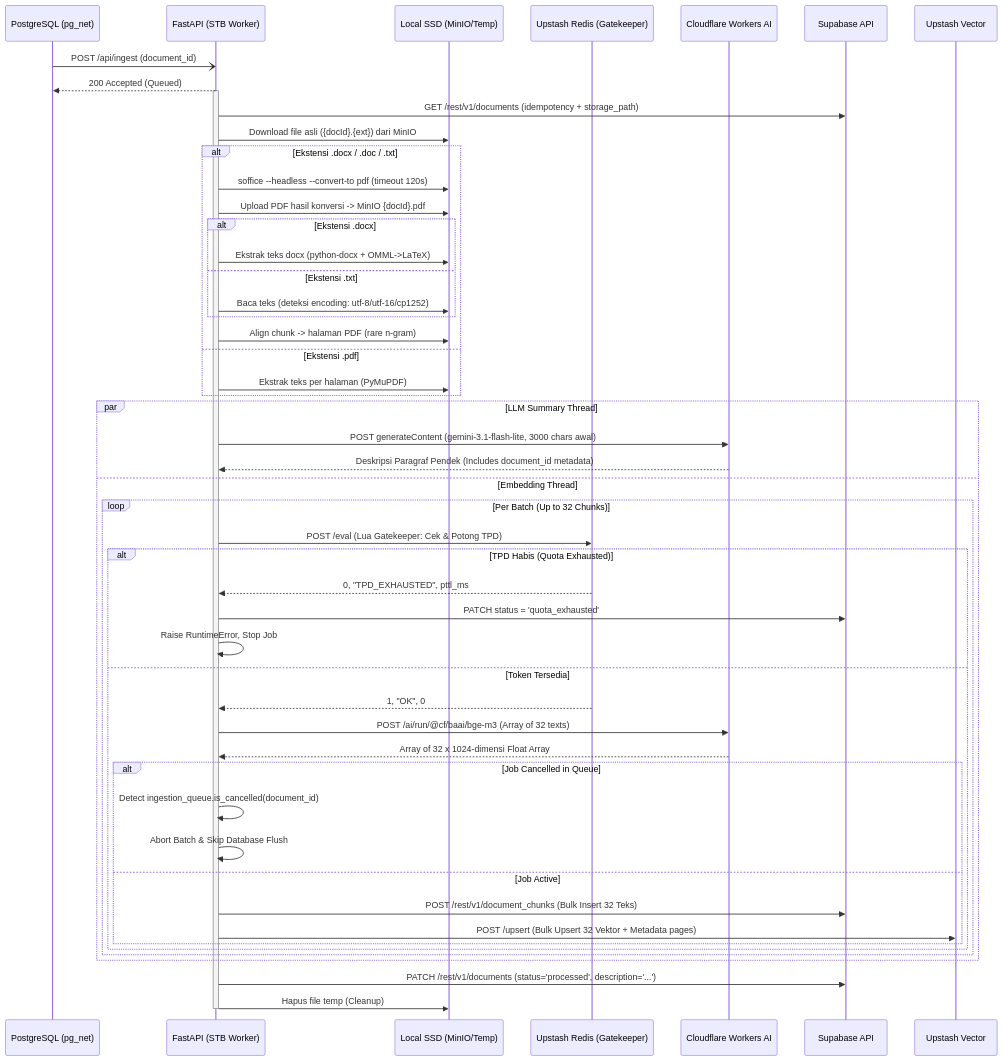
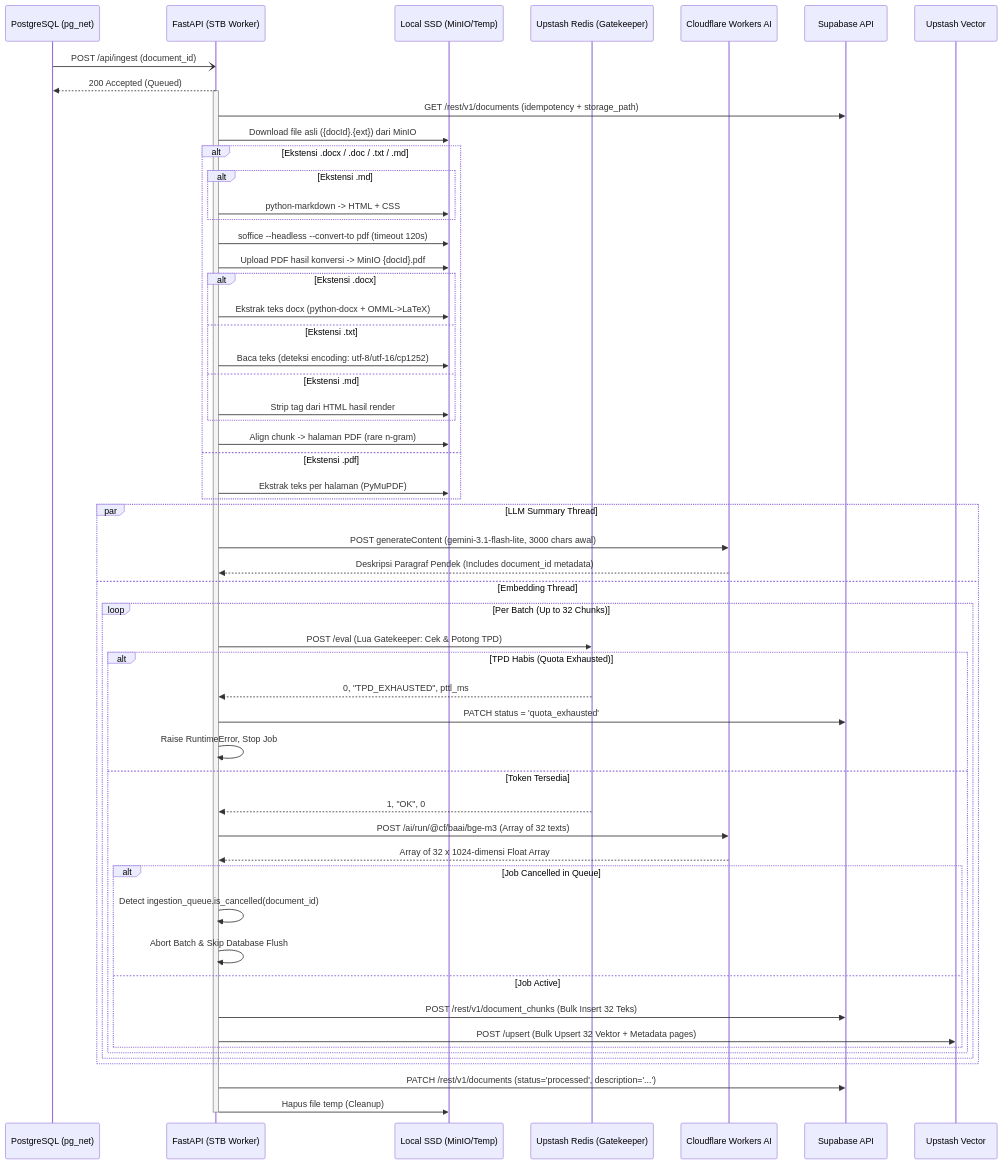
The diagram in docs/backend/stb-extraction-worker.md (kanzhamada/Dokyudo), drawn with Mermaid before and after one commit. The commit also changed other lines of this file and 6 other files, not shown here.

````diff
--- a/docs/backend/stb-extraction-worker.md
+++ b/docs/backend/stb-extraction-worker.md
@@ -20,59 +21,64 @@
 ```mermaid
 sequenceDiagram
     participant Supabase as PostgreSQL (pg_net)
     participant API as FastAPI (STB Worker)
     participant Disk as Local SSD (MinIO/Temp)
     participant Redis as Upstash Redis (Gatekeeper)
     participant CF as Cloudflare Workers AI
     participant PostgREST as Supabase API
     participant VectorDB as Upstash Vector
 
     Supabase-)API: POST /api/ingest (document_id)
     API-->>Supabase: 200 Accepted (Queued)
 
     activate API
     API->>PostgREST: GET /rest/v1/documents (idempotency + storage_path)
     API->>Disk: Download file asli ({docId}.{ext}) dari MinIO
 
-    alt Ekstensi .docx / .doc / .txt
+    alt Ekstensi .docx / .doc / .txt / .md
+        alt Ekstensi .md
+            API->>Disk: python-markdown -> HTML + CSS
+        end
         API->>Disk: soffice --headless --convert-to pdf (timeout 120s)
         API->>Disk: Upload PDF hasil konversi -> MinIO {docId}.pdf
         alt Ekstensi .docx
             API->>Disk: Ekstrak teks docx (python-docx + OMML->LaTeX)
         else Ekstensi .txt
             API->>Disk: Baca teks (deteksi encoding: utf-8/utf-16/cp1252)
+        else Ekstensi .md
+            API->>Disk: Strip tag dari HTML hasil render
         end
         API->>Disk: Align chunk -> halaman PDF (rare n-gram)
     else Ekstensi .pdf
         API->>Disk: Ekstrak teks per halaman (PyMuPDF)
     end
 
     par LLM Summary Thread
         API->>CF: POST generateContent (gemini-3.1-flash-lite, 3000 chars awal)
         CF-->>API: Deskripsi Paragraf Pendek (Includes document_id metadata)
     and Embedding Thread
         loop Per Batch (Up to 32 Chunks)
             API->>Redis: POST /eval (Lua Gatekeeper: Cek & Potong TPD)
             alt TPD Habis (Quota Exhausted)
                 Redis-->>API: 0, "TPD_EXHAUSTED", pttl_ms
                 API->>PostgREST: PATCH status = 'quota_exhausted'
                 API->>API: Raise RuntimeError, Stop Job
             else Token Tersedia
                 Redis-->>API: 1, "OK", 0
                 API->>CF: POST /ai/run/@cf/baai/bge-m3 (Array of 32 texts)
                 CF-->>API: Array of 32 x 1024-dimensi Float Array
                 alt Job Cancelled in Queue
                     API->>API: Detect ingestion_queue.is_cancelled(document_id)
                     API->>API: Abort Batch & Skip Database Flush
                 else Job Active
                     API->>PostgREST: POST /rest/v1/document_chunks (Bulk Insert 32 Teks)
                     API->>VectorDB: POST /upsert (Bulk Upsert 32 Vektor + Metadata pages)
                 end
             end
         end
     end
 
     API->>PostgREST: PATCH /rest/v1/documents (status='processed', description='...')
     API->>Disk: Hapus file temp (Cleanup)
     deactivate API
 ```
````
